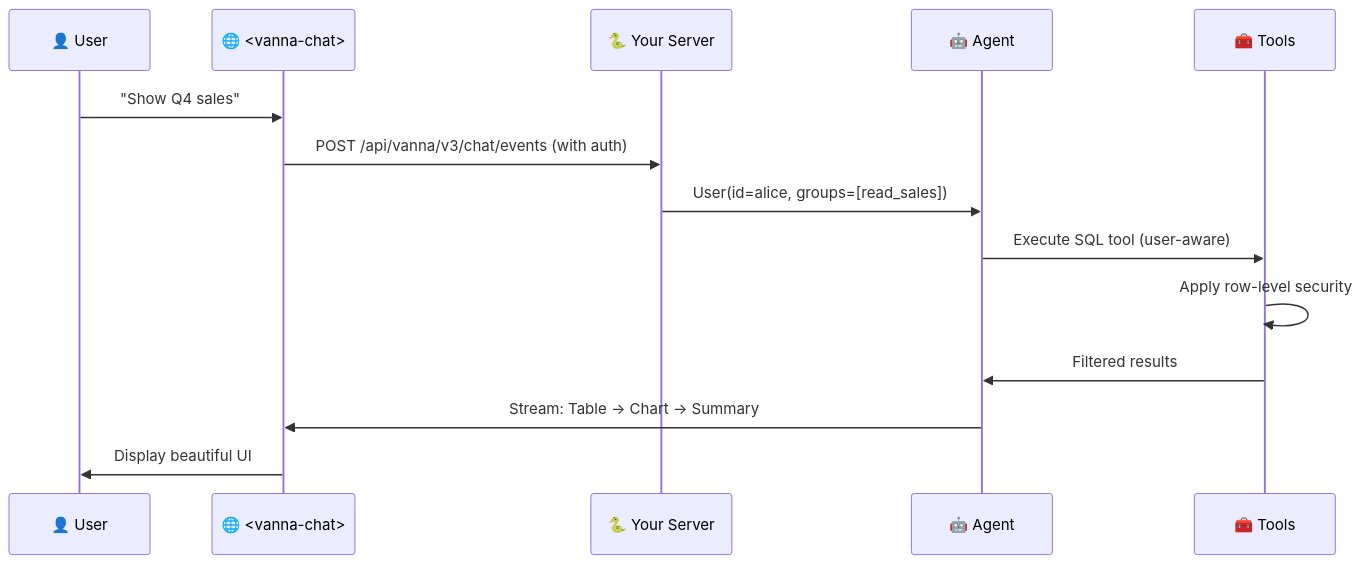
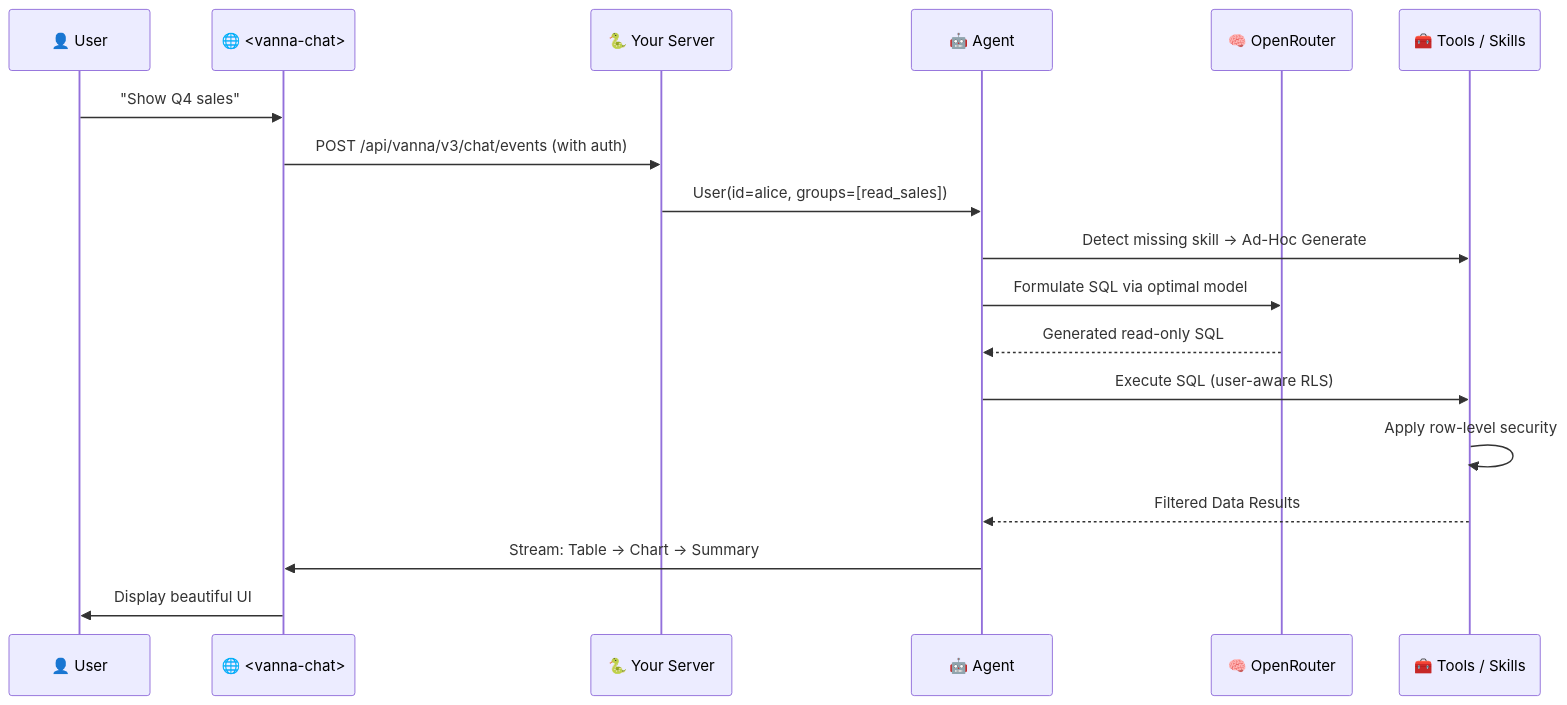
Before and after one commit to xhu96/vanna-v3: the diagram in README.md, drawn with Mermaid.

Commit message:
docs: update Mermaid sequence diagram to include OpenRouter and Ad-Hoc Skills

````diff
--- a/README.md
+++ b/README.md
@@ -132,17 +132,21 @@
 ```mermaid
 sequenceDiagram
     participant U as 👤 User
     participant W as 🌐 <vanna-chat>
     participant S as 🐍 Your Server
     participant A as 🤖 Agent
-    participant T as 🧰 Tools
+    participant LLM as 🧠 OpenRouter
+    participant T as 🧰 Tools / Skills
 
     U->>W: "Show Q4 sales"
     W->>S: POST /api/vanna/v3/chat/events (with auth)
     S->>A: User(id=alice, groups=[read_sales])
-    A->>T: Execute SQL tool (user-aware)
+    A->>T: Detect missing skill → Ad-Hoc Generate
+    A->>LLM: Formulate SQL via optimal model
+    LLM-->>A: Generated read-only SQL
+    A->>T: Execute SQL (user-aware RLS)
     T->>T: Apply row-level security
-    T->>A: Filtered results
+    T-->>A: Filtered Data Results
     A->>W: Stream: Table → Chart → Summary
     W->>U: Display beautiful UI
 ```
````
